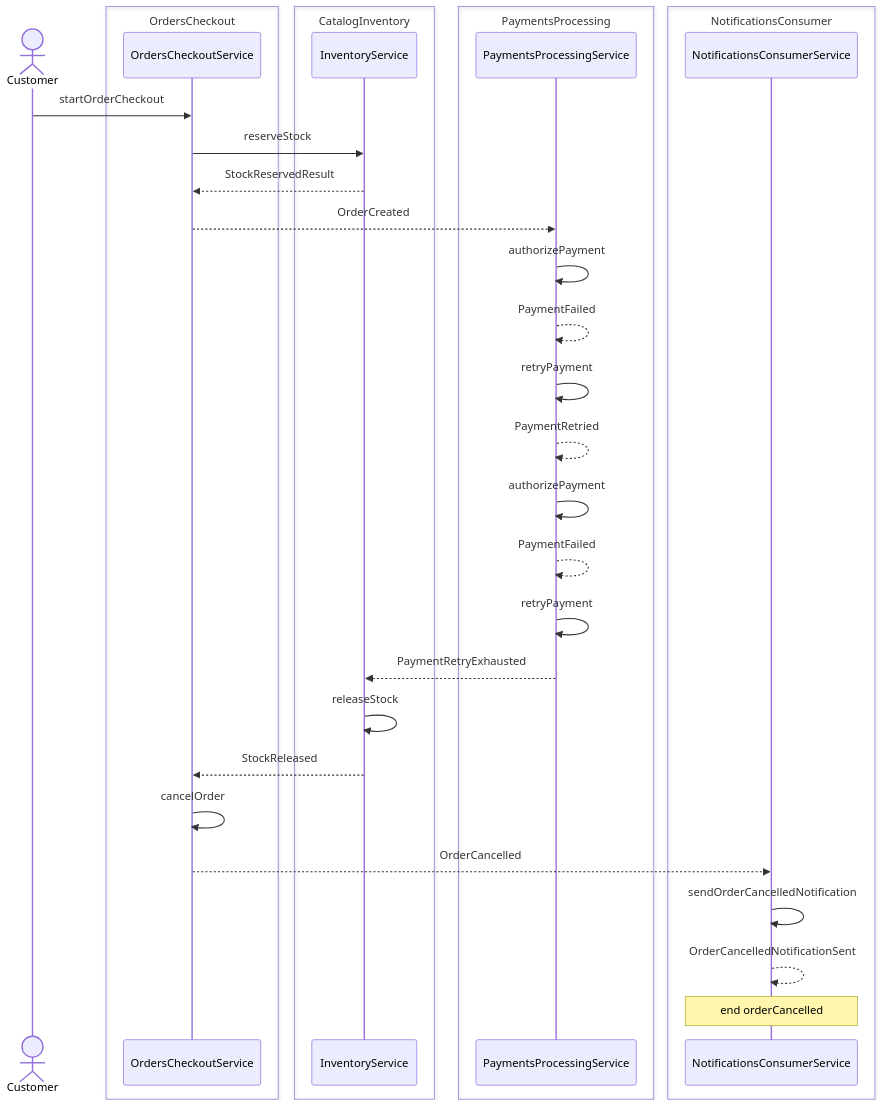
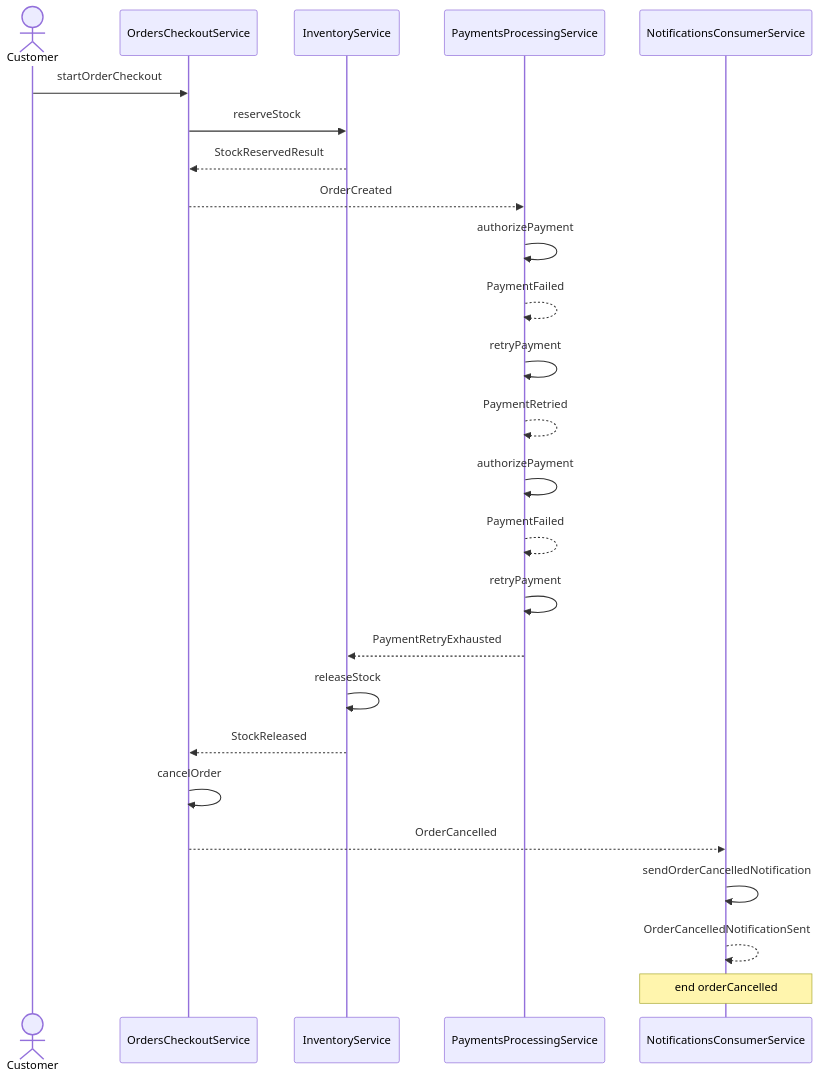
Before and after one commit to ZenWave360/dsl-kotlin: diagram 11 of 13 in dsl-docs/src/commonTest/resources/snapshots/orders-checkout/flows/place-order-flow.md, drawn with Mermaid. The commit also changed other lines of this file and 4 other files, not shown here.

Commit message:
feat(views): sequence diagrams without system boxes around participants

````diff
--- a/dsl-docs/src/commonTest/resources/snapshots/orders-checkout/flows/place-order-flow.md
+++ b/dsl-docs/src/commonTest/resources/snapshots/orders-checkout/flows/place-order-flow.md
@@ -597,35 +517,27 @@
 ```mermaid
 sequenceDiagram
     actor Customer
-    box transparent OrdersCheckout
-        participant OrdersCheckoutService as OrdersCheckoutService
-    end
-    box transparent CatalogInventory
-        participant InventoryService as InventoryService
-    end
-    box transparent PaymentsProcessing
-        participant PaymentsProcessingService as PaymentsProcessingService
-    end
-    box transparent NotificationsConsumer
-        participant NotificationsConsumerService as NotificationsConsumerService
-    end
+    participant OrdersCheckoutService as OrdersCheckoutService
+    participant InventoryService as InventoryService
+    participant PaymentsProcessingService as PaymentsProcessingService
+    participant NotificationsConsumerService as NotificationsConsumerService
     Customer->>OrdersCheckoutService: startOrderCheckout
     OrdersCheckoutService->>InventoryService: reserveStock
     InventoryService-->>OrdersCheckoutService: StockReservedResult
     OrdersCheckoutService-->>PaymentsProcessingService: OrderCreated
     PaymentsProcessingService->>PaymentsProcessingService: authorizePayment
     PaymentsProcessingService-->>PaymentsProcessingService: PaymentFailed
     PaymentsProcessingService->>PaymentsProcessingService: retryPayment
     PaymentsProcessingService-->>PaymentsProcessingService: PaymentRetried
     PaymentsProcessingService->>PaymentsProcessingService: authorizePayment
     PaymentsProcessingService-->>PaymentsProcessingService: PaymentFailed
     PaymentsProcessingService->>PaymentsProcessingService: retryPayment
     PaymentsProcessingService-->>InventoryService: PaymentRetryExhausted
     InventoryService->>InventoryService: releaseStock
     InventoryService-->>OrdersCheckoutService: StockReleased
     OrdersCheckoutService->>OrdersCheckoutService: cancelOrder
     OrdersCheckoutService-->>NotificationsConsumerService: OrderCancelled
     NotificationsConsumerService->>NotificationsConsumerService: sendOrderCancelledNotification
     NotificationsConsumerService-->>NotificationsConsumerService: OrderCancelledNotificationSent
     Note over NotificationsConsumerService: end orderCancelled
 ```
````
